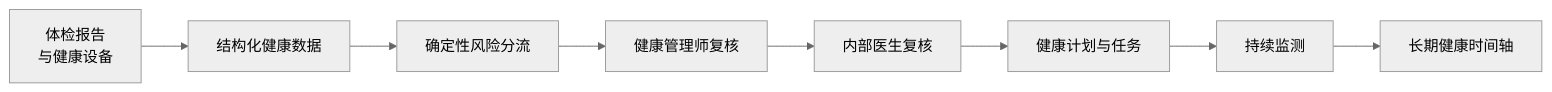
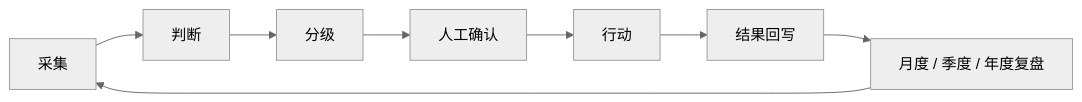
Before and after one commit to KaedeharaT/executive-healthops: the first of 3 diagrams in README_zh.md, drawn with Mermaid (neutral theme). The commit also changed other lines of this file and 29 other files, not shown here.

````diff
--- a/README_zh.md
+++ b/README_zh.md
@@ -26,10 +26,10 @@
 ```mermaid
 flowchart LR
-    A[体检报告<br/>与健康设备] --> B[结构化健康数据]
-    B --> C[确定性风险分流]
-    C --> D[健康管理师复核]
-    D --> E[内部医生复核]
-    E --> F[健康计划与任务]
-    F --> G[持续监测]
-    G --> H[长期健康时间轴]
+    A[采集] --> B[判断]
+    B --> C[分级]
+    C --> D[人工确认]
+    D --> E[行动]
+    E --> F[结果回写]
+    F --> G[月度 / 季度 / 年度复盘]
+    G --> A
 ```
````
